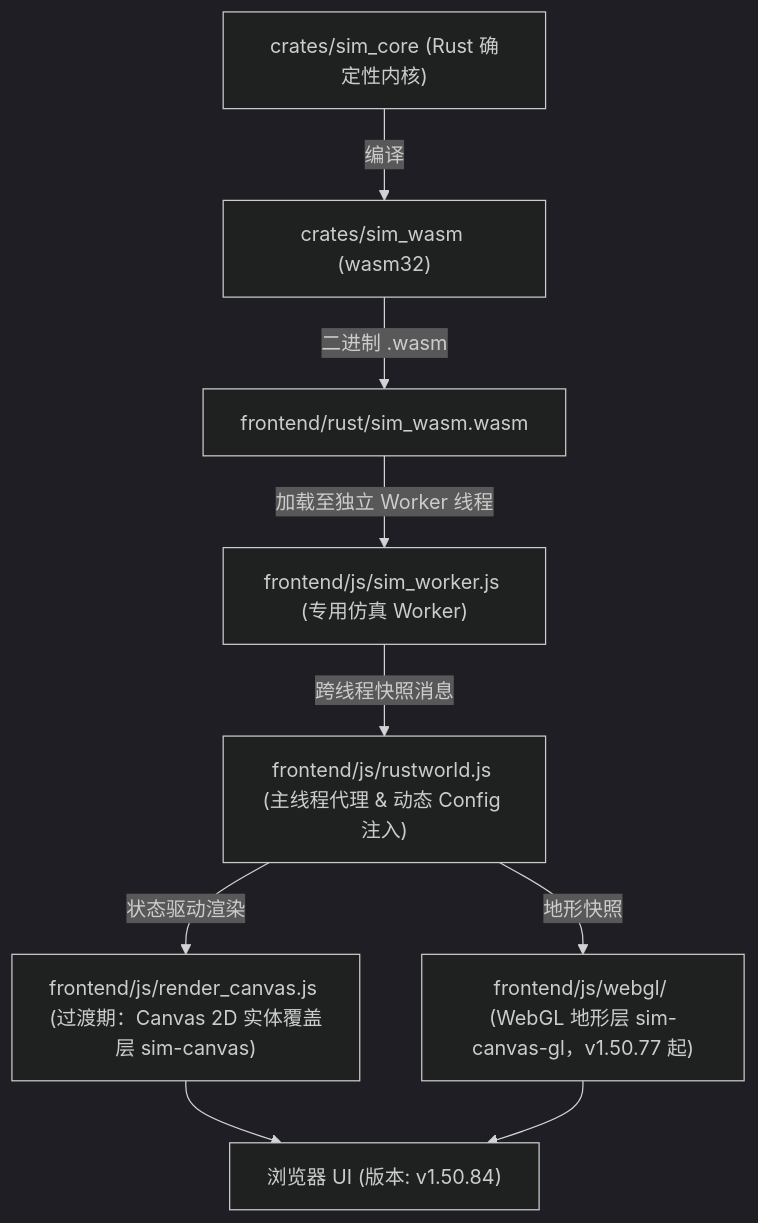
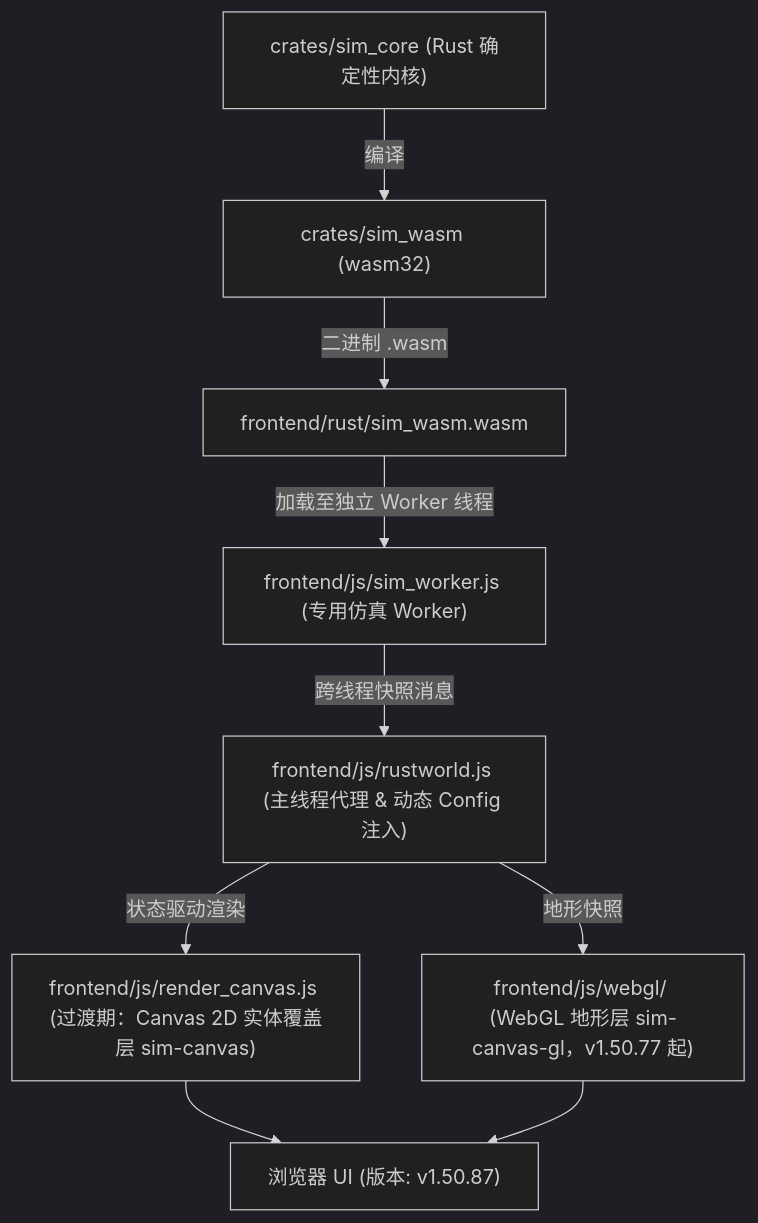
Before and after one commit to g39088902/FlowAndAccord: the diagram in AGENTS.md, drawn with Mermaid (dark theme). The commit also changed other lines of this file and 30 other files, not shown here.

````diff
--- a/AGENTS.md
+++ b/AGENTS.md
@@ -62,12 +62,12 @@
 ```mermaid
 graph TD
     A["crates/sim_core (Rust 确定性内核)"] -->|编译| B["crates/sim_wasm (wasm32)"]
     B -->|二进制 .wasm| C["frontend/rust/sim_wasm.wasm"]
     C -->|加载至独立 Worker 线程| D["frontend/js/sim_worker.js (专用仿真 Worker)"]
     D -->|跨线程快照消息| E["frontend/js/rustworld.js (主线程代理 & 动态 Config 注入)"]
     E -->|状态驱动渲染| F["frontend/js/render_canvas.js (过渡期：Canvas 2D 实体覆盖层 sim-canvas)"]
     E -->|地形快照| F2["frontend/js/webgl/ (WebGL 地形层 sim-canvas-gl，v1.50.77 起)"]
-    F --> G["浏览器 UI (版本: v1.50.84)"]
+    F --> G["浏览器 UI (版本: v1.50.87)"]
     F2 --> G
 
 ```
````
